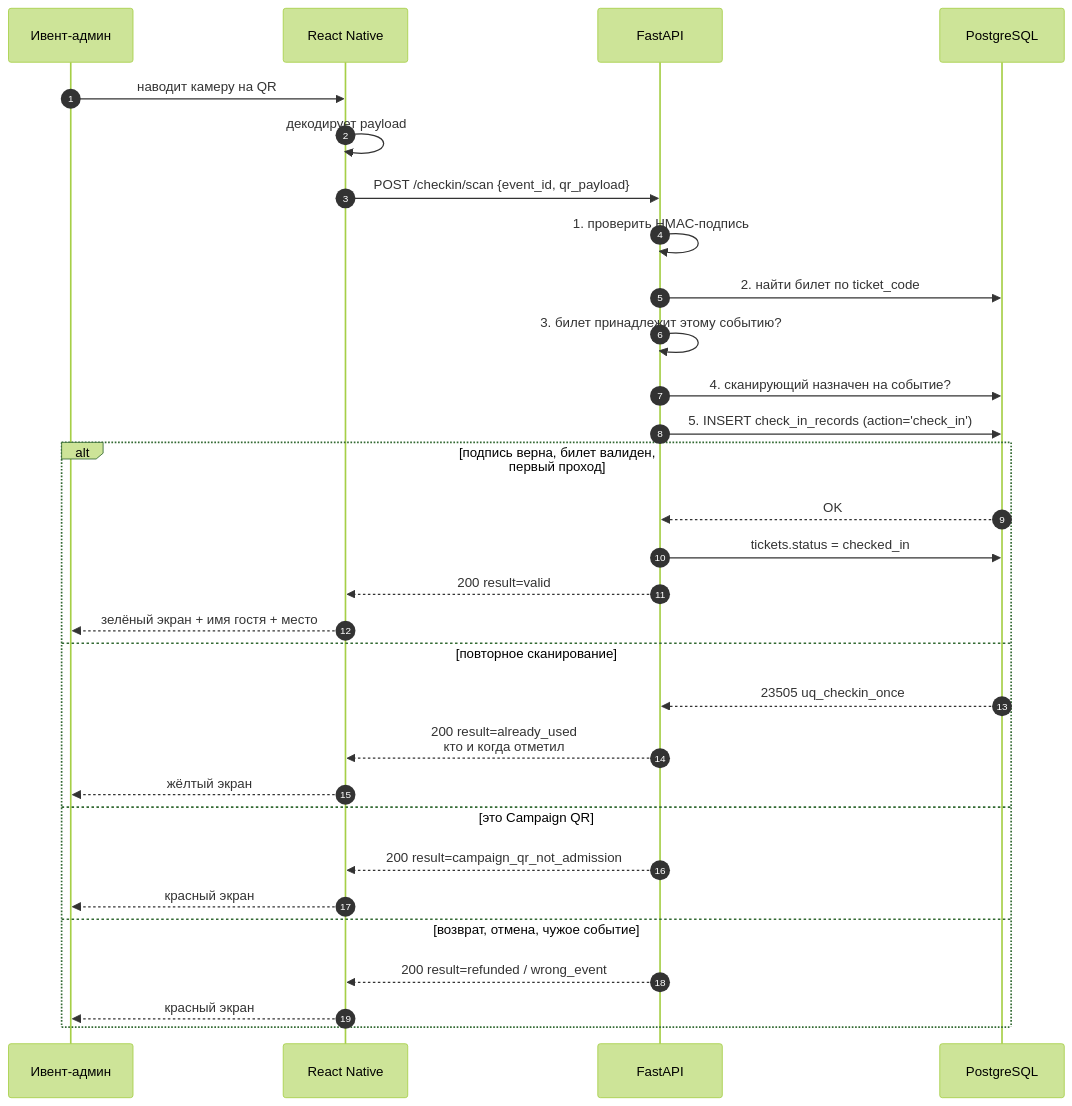
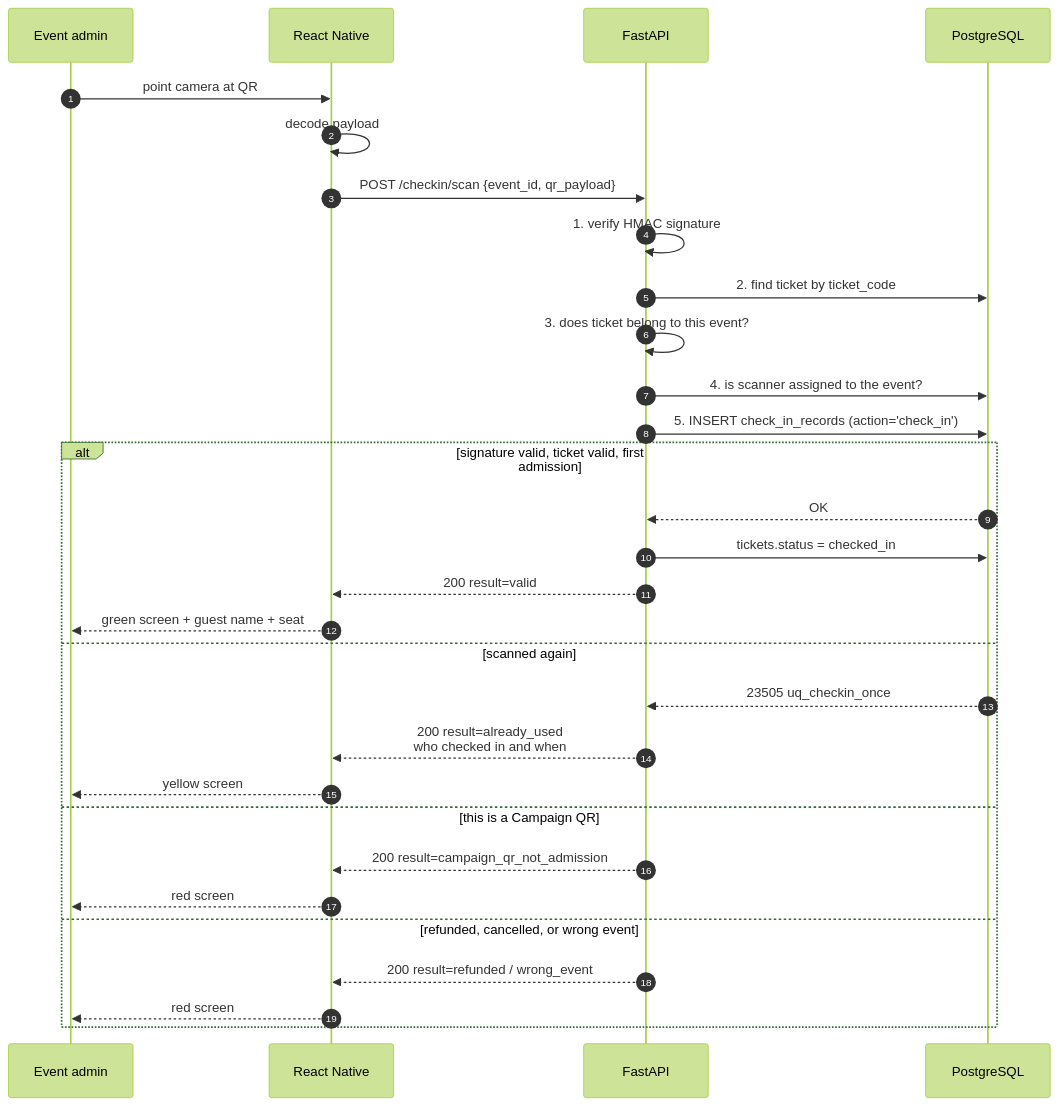
The fourth of 7 diagrams in README.md (Figusama/BiletFlow), drawn with Mermaid (forest theme) before and after one commit. The commit also changed other lines of this file, not shown here.

````diff
--- a/README.md
+++ b/README.md
@@ -340,35 +339,35 @@
 ```mermaid
 sequenceDiagram
   autonumber
-  participant S as Ивент-админ
+  participant S as Event admin
   participant M as React Native
   participant API as FastAPI
   participant DB as PostgreSQL
 
-  S->>M: наводит камеру на QR
-  M->>M: декодирует payload
+  S->>M: point camera at QR
+  M->>M: decode payload
   M->>API: POST /checkin/scan {event_id, qr_payload}
 
-  API->>API: 1. проверить HMAC-подпись
-  API->>DB: 2. найти билет по ticket_code
-  API->>API: 3. билет принадлежит этому событию?
-  API->>DB: 4. сканирующий назначен на событие?
+  API->>API: 1. verify HMAC signature
+  API->>DB: 2. find ticket by ticket_code
+  API->>API: 3. does ticket belong to this event?
+  API->>DB: 4. is scanner assigned to the event?
   API->>DB: 5. INSERT check_in_records (action='check_in')
 
-  alt подпись верна, билет валиден, первый проход
+  alt signature valid, ticket valid, first admission
     DB-->>API: OK
     API->>DB: tickets.status = checked_in
     API-->>M: 200 result=valid
-    M-->>S: зелёный экран + имя гостя + место
-  else повторное сканирование
+    M-->>S: green screen + guest name + seat
+  else scanned again
     DB-->>API: 23505 uq_checkin_once
-    API-->>M: 200 result=already_used<br/>кто и когда отметил
-    M-->>S: жёлтый экран
-  else это Campaign QR
+    API-->>M: 200 result=already_used<br/>who checked in and when
+    M-->>S: yellow screen
+  else this is a Campaign QR
     API-->>M: 200 result=campaign_qr_not_admission
-    M-->>S: красный экран
-  else возврат, отмена, чужое событие
+    M-->>S: red screen
+  else refunded, cancelled, or wrong event
     API-->>M: 200 result=refunded / wrong_event
-    M-->>S: красный экран
+    M-->>S: red screen
   end
 ```
````
